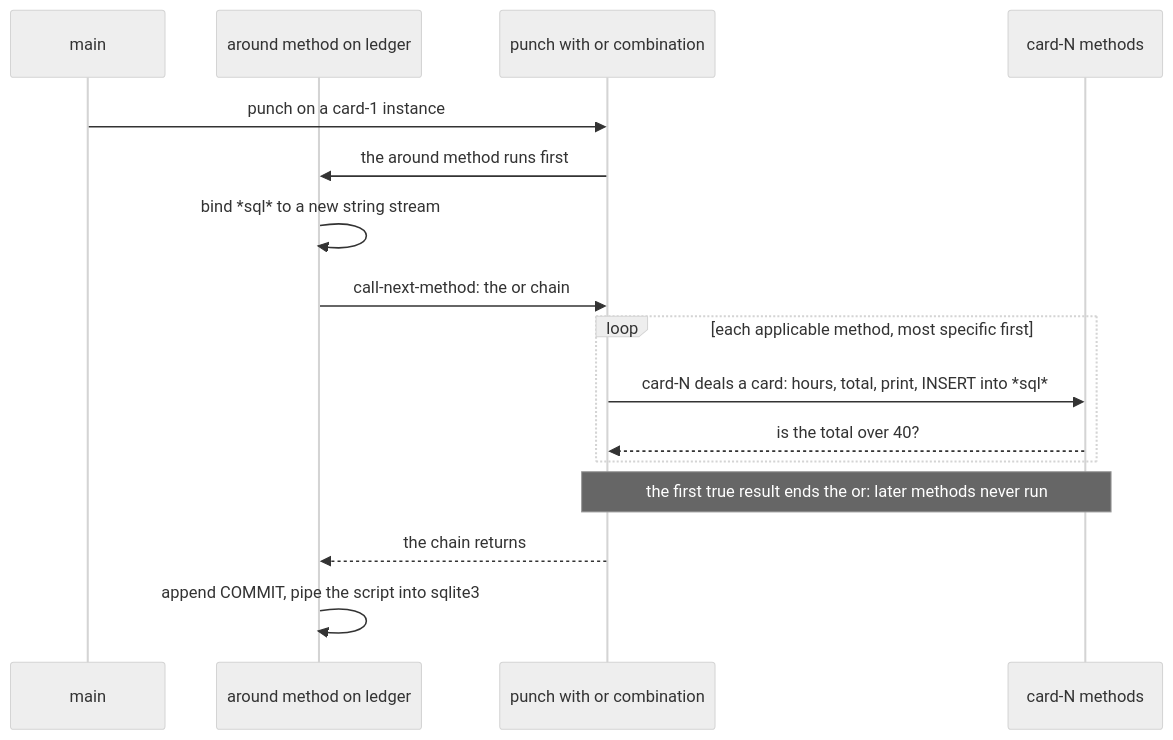
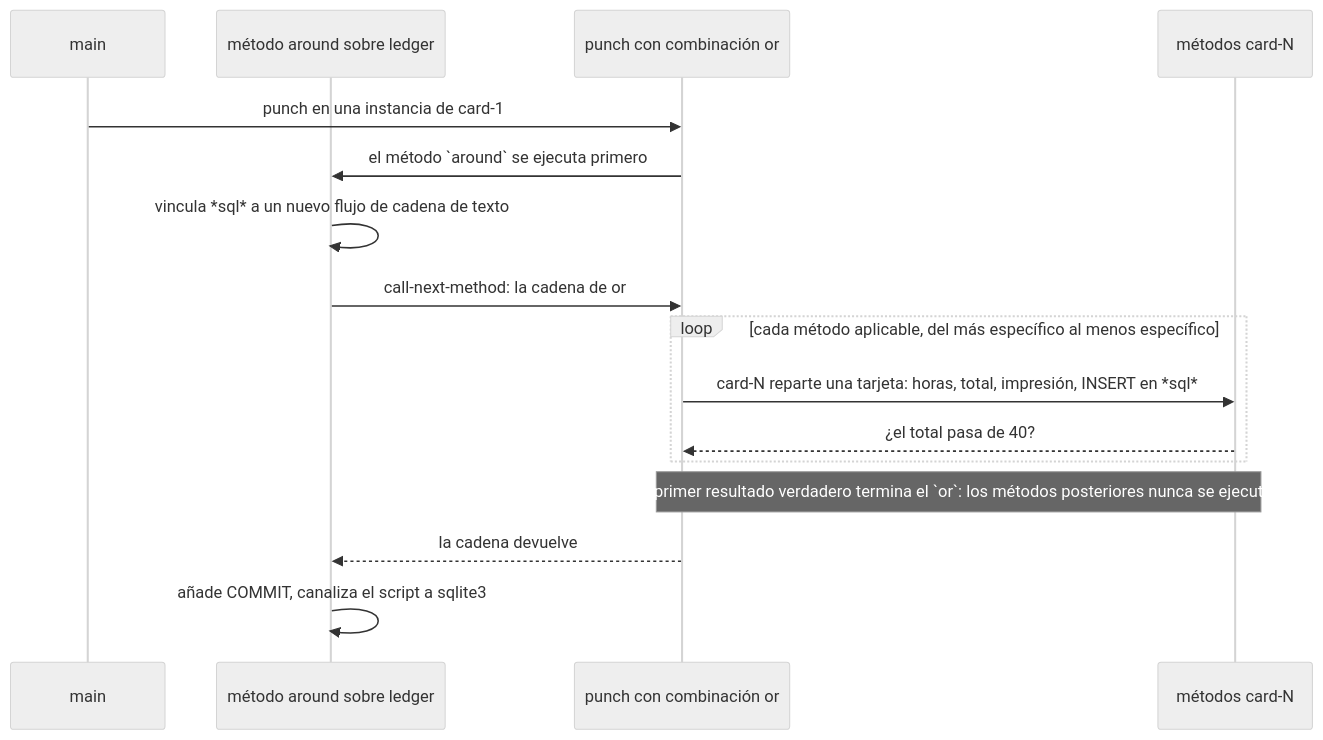
One commit to dullroar/aprende-a-programar-como-un-bicho-raro changed the diagram in src/lisp-weird/README.md. Above: the diagram before and after it, drawn with Mermaid (neutral theme). The commit also changed other lines of this file and 13 other files, not shown here.

Commit message:
loop(P4-src-10): src/javascript and src/lisp-weird READMEs translated (157 segments); heading, spelled-out number, comma, Mermaid backtick and gloss fixes, verb and identifier waivers; anchors relinked

````diff
--- a/src/lisp-weird/README.md
+++ b/src/lisp-weird/README.md
@@ -50,20 +50,20 @@
 ```mermaid
 sequenceDiagram
-    accTitle: lisp-weird: method combination with or is the loop and the stop rule
-    accDescr: A sequence diagram. Main calls the generic function punch on a card-1 instance. CLOS finds every applicable method and sorts them by class precedence: card-1, card-2, and so on up to the ledger. An around method on the ledger runs first. It binds the special variable for the SQL stream and calls the next method, which is the or combination. The or combination calls the card methods in order. Each one deals a card: it draws hours, adds to the total, prints the row and writes the INSERT to the SQL stream. The method returns whether the total is over 40. The first true result ends the or, so later methods never run. The around method then appends COMMIT and pipes the script into sqlite3.
+    accTitle: lisp-weird: la combinación de métodos con or es el bucle y la regla de parada
+    accDescr: Un diagrama de secuencia. Main llama a la función genérica punch sobre una instancia de card-1. CLOS encuentra todos los métodos aplicables y los ordena por precedencia de clase: card-1, card-2 y así hasta ledger. Un método around sobre ledger se ejecuta primero. Este método enlaza la variable especial del flujo SQL y llama al siguiente método, que es la combinación or. La combinación or llama a los métodos de las tarjetas en orden. Cada método reparte una tarjeta: sortea las horas, las suma al total, imprime la fila y escribe el INSERT en el flujo SQL. El método devuelve si el total pasa de 40. El primer resultado verdadero termina el or, así que los métodos posteriores nunca se ejecutan. Después, el método around añade COMMIT y pasa el script a sqlite3 mediante una tubería.
     participant M as main
-    participant A as around method on ledger
-    participant P as punch with or combination
-    participant K as card-N methods
-    M->>P: punch on a card-1 instance
-    P->>A: the around method runs first
-    A->>A: bind *sql* to a new string stream
-    A->>P: call-next-method: the or chain
-    loop each applicable method, most specific first
-        P->>K: card-N deals a card: hours, total, print, INSERT into *sql*
-        K-->>P: is the total over 40?
+    participant A as método around sobre ledger
+    participant P as punch con combinación or
+    participant K as métodos card-N
+    M->>P: punch en una instancia de card-1
+    P->>A: el método `around` se ejecuta primero
+    A->>A: vincula *sql* a un nuevo flujo de cadena de texto
+    A->>P: call-next-method: la cadena de or
+    loop cada método aplicable, del más específico al menos específico
+        P->>K: card-N reparte una tarjeta: horas, total, impresión, INSERT en *sql*
+        K-->>P: ¿el total pasa de 40?
     end
-    Note over P,K: the first true result ends the or: later methods never run
-    P-->>A: the chain returns
-    A->>A: append COMMIT, pipe the script into sqlite3
+    Note over P,K: el primer resultado verdadero termina el `or`: los métodos posteriores nunca se ejecutan
+    P-->>A: la cadena devuelve
+    A->>A: añade COMMIT, canaliza el script a sqlite3
 ```
````
